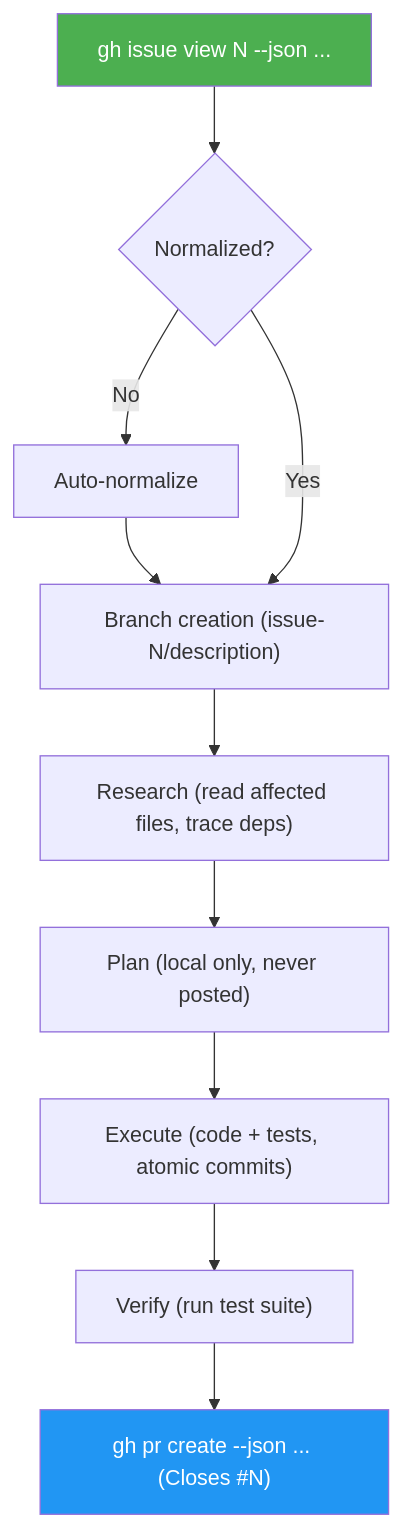
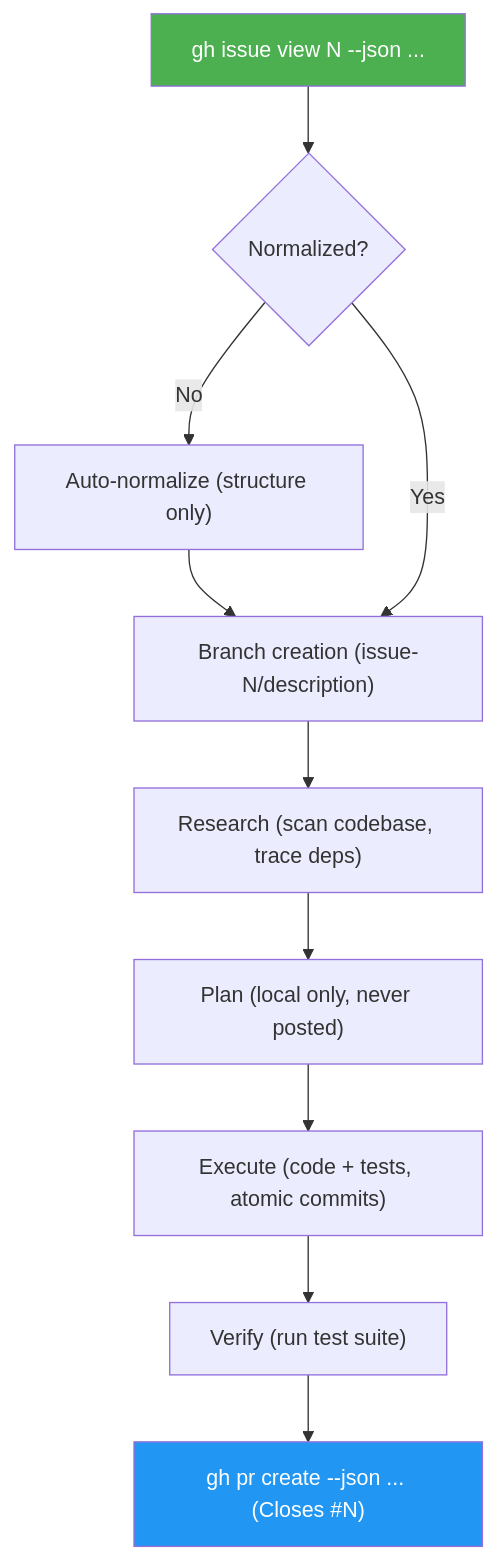
The third of 4 diagrams in docs/ARCHITECTURE.md (luongnv89/idd), drawn with Mermaid before and after one commit. The commit also changed other lines of this file and 19 other files, not shown here.

First line of the commit message:
refactor: lean issues architecture — remove codebase analysis from issues

````diff
--- a/docs/ARCHITECTURE.md
+++ b/docs/ARCHITECTURE.md
@@ -80,15 +79,15 @@
 ```mermaid
 graph TD
     A["gh issue view N --json ..."] --> B{Normalized?}
-    B -- No --> C[Auto-normalize]
+    B -- No --> C["Auto-normalize (structure only)"]
     C --> D
     B -- Yes --> D["Branch creation (issue-N/description)"]
-    D --> E["Research (read affected files, trace deps)"]
+    D --> E["Research (scan codebase, trace deps)"]
     E --> F["Plan (local only, never posted)"]
     F --> G["Execute (code + tests, atomic commits)"]
     G --> H["Verify (run test suite)"]
     H --> I["gh pr create --json ... (Closes #N)"]
 
     style A fill:#4CAF50,color:#fff
     style I fill:#2196F3,color:#fff
 ```
````
